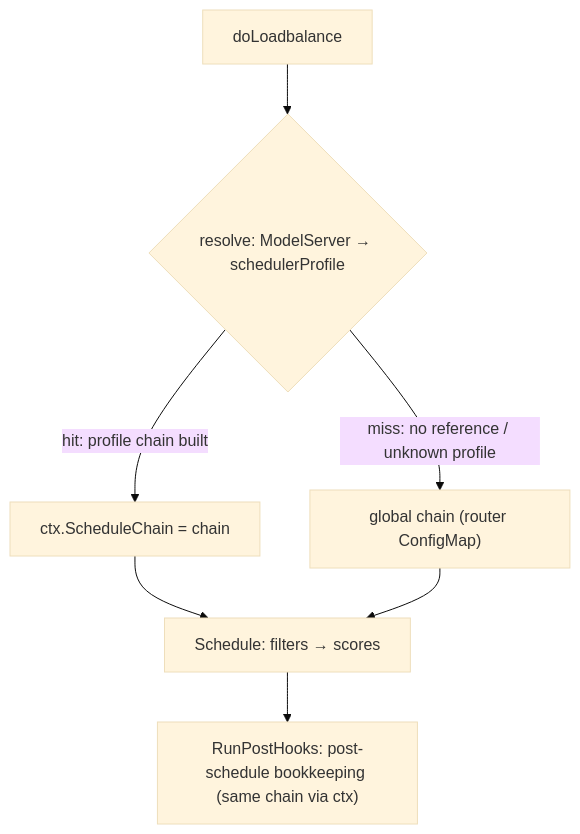
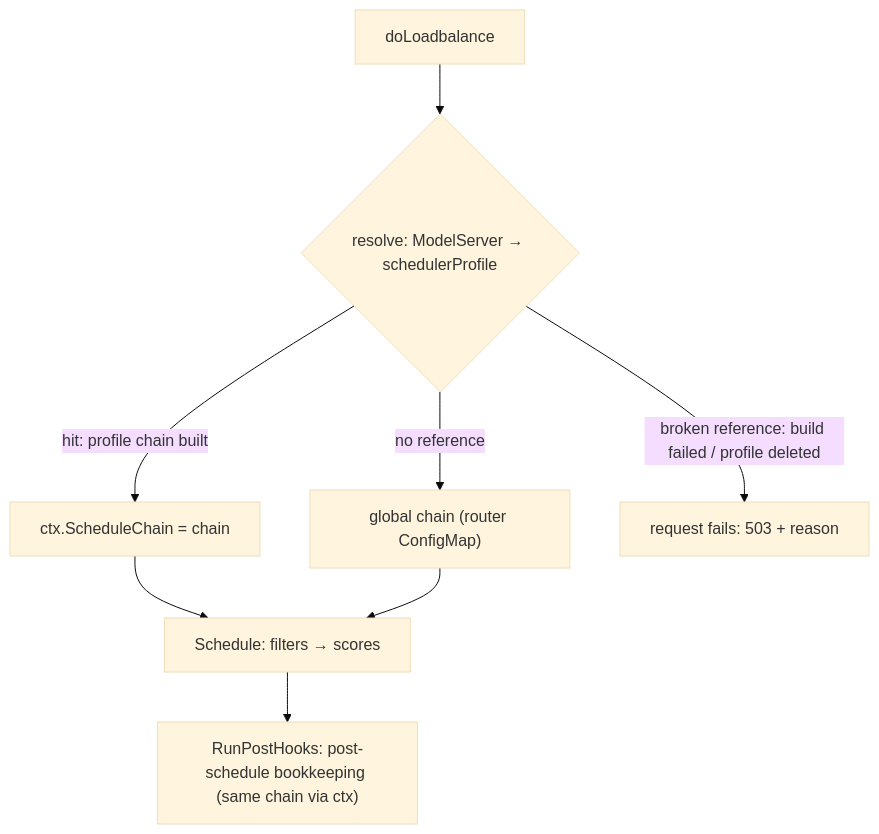
One commit to volcano-sh/kthena changed the second of 2 diagrams in docs/proposal/scheduler-profile.md. Above: the diagram before and after it, drawn with Mermaid (base theme). The commit also changed other lines of this file, not shown here.

````diff
--- a/docs/proposal/scheduler-profile.md
+++ b/docs/proposal/scheduler-profile.md
@@ -300,9 +283,10 @@
 ```mermaid
 flowchart TD
     R["doLoadbalance"] --> RES{"resolve: ModelServer → schedulerProfile"}
+    RES -- "no reference" --> G["global chain (router ConfigMap)"]
     RES -- "hit: profile chain built" --> SET["ctx.ScheduleChain = chain"]
-    RES -- "miss: no reference / unknown profile" --> G["global chain (router ConfigMap)"]
+    RES -- "broken reference: build failed / profile deleted" --> FAIL["request fails: 503 + reason"]
     SET --> SCH["Schedule: filters → scores"]
     G --> SCH
     SCH --> H["RunPostHooks: post-schedule bookkeeping (same chain via ctx)"]
 ```
````
